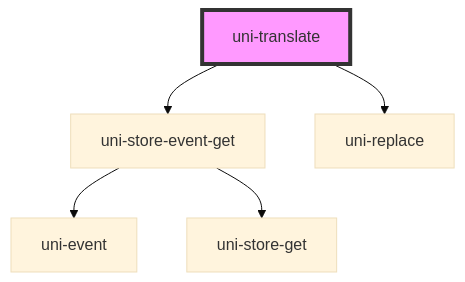
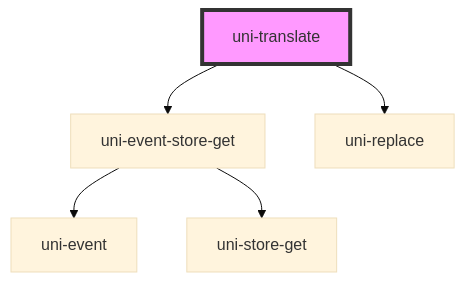
One commit to uiregex/uni-localize changed the diagram in src/translate/components/@main/readme.md. Above: the diagram before and after it, drawn with Mermaid (base theme). The commit also changed other lines of this file and 9 other files, not shown here.

````diff
--- a/src/translate/components/@main/readme.md
+++ b/src/translate/components/@main/readme.md
@@ -29,8 +28,8 @@
 ```mermaid
 graph TD;
-  uni-translate --> uni-store-event-get
+  uni-translate --> uni-event-store-get
   uni-translate --> uni-replace
-  uni-store-event-get --> uni-event
-  uni-store-event-get --> uni-store-get
+  uni-event-store-get --> uni-event
+  uni-event-store-get --> uni-store-get
   style uni-translate fill:#f9f,stroke:#333,stroke-width:4px
 ```
````
